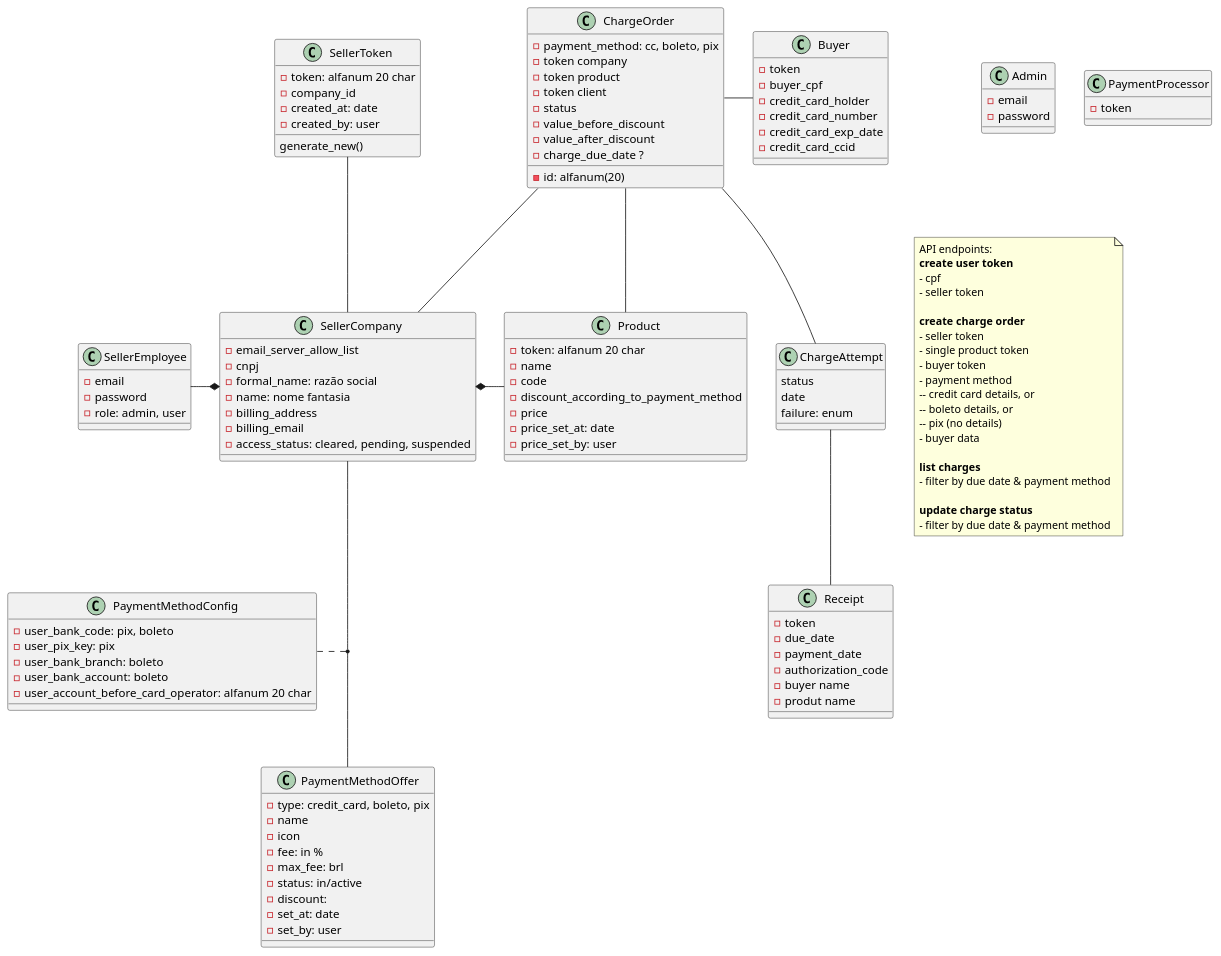
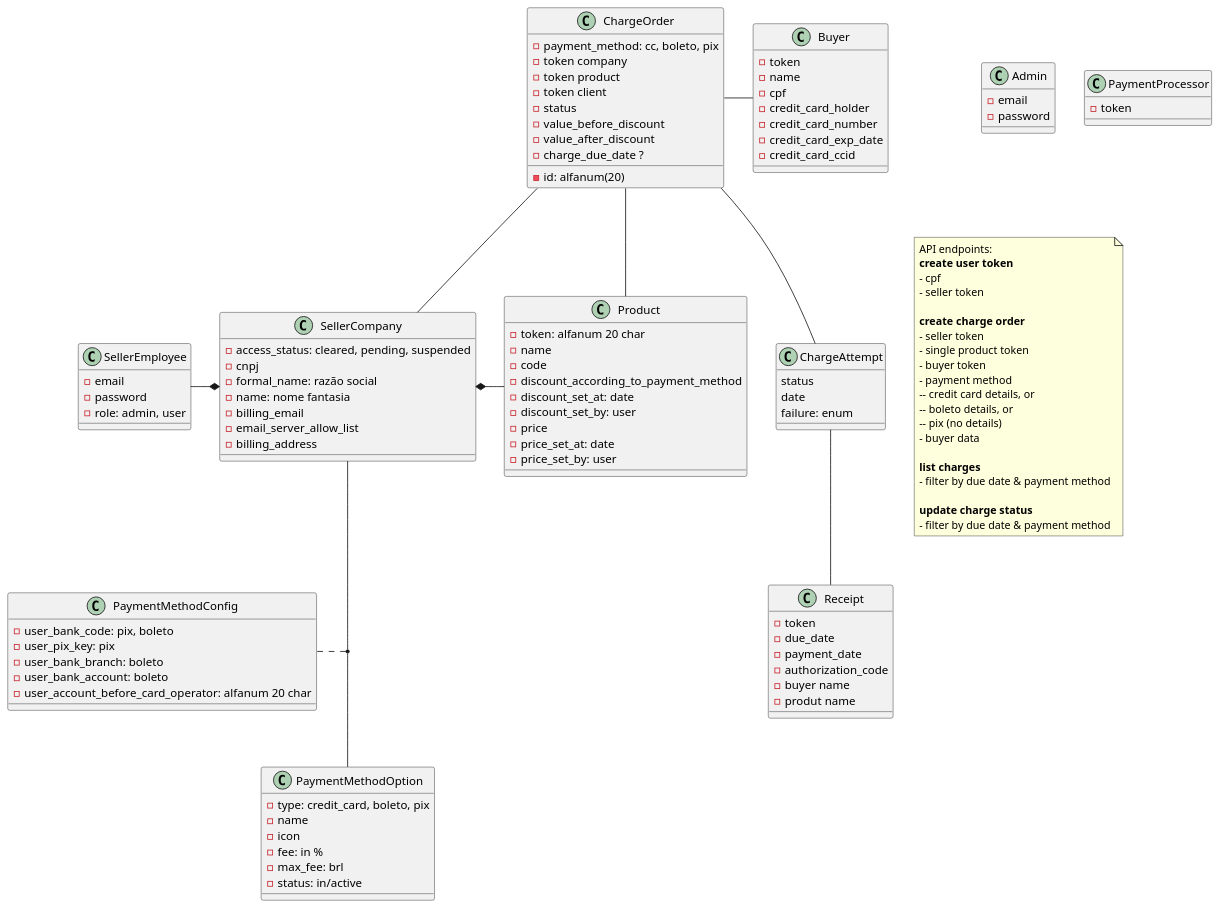
One commit to kyriri/treinadev6-2paynow changed the diagram in dev_planning/project.puml. Above: the diagram before and after it, drawn with PlantUML. The commit also changed 1 other file, not shown here.

Commit message:
Update UML diagram

```diff
--- a/dev_planning/project.puml
+++ b/dev_planning/project.puml
@@ -3,145 +3,136 @@
 @startuml "PayNow"
 
 class Admin {
   -email
   -password
   'can ask for sellerCo suspention, that has to be approved by another admin
 }
 
 class Buyer {
   -token 
   'generated on account creation
-  -buyer_cpf
+  -name
+  -cpf
   -credit_card_holder
   -credit_card_number
   -credit_card_exp_date
   -credit_card_ccid
   'one token per person, regardless of how many 
 }
 
 class ChargeAttempt {
   status
   date
   failure: enum
   'enum: code returned by cc operator
 }
 
 class ChargeOrder {
   -id: alfanum(20)
   -payment_method: cc, boleto, pix
   ' if CC, its details
   ' else, boleto/pix data (is that the payment method token?)
   -token company
   -token product
   -token client
   -status
   'status: pending (default), approved, rejected
   -value_before_discount
   -value_after_discount
   -charge_due_date ?
 }
 
 class Receipt {
   - token
   - due_date
   - payment_date
   - authorization_code
   'optional, according to me:
   - buyer name
   - produt name
 }
 
-class PaymentMethodOffer {
+class PaymentMethodOption {
   -type: credit_card, boleto, pix
   -name
   -icon
   -fee: in %
   -max_fee: brl
   -status: in/active
-  -discount:
-  -set_at: date
-  -set_by: user
 }
 
 class PaymentMethodConfig {
   -user_bank_code: pix, boleto
   -user_pix_key: pix
   -user_bank_branch: boleto
   -user_bank_account: boleto
   -user_account_before_card_operator: alfanum 20 char
 }
 
 class PaymentProcessor {
   -token
 }
 
 class Product {
   -token: alfanum 20 char
   -name
   -code
   -discount_according_to_payment_method
+  -discount_set_at: date
+  -discount_set_by: user
   -price 
   -price_set_at: date
   -price_set_by: user
 }
 
 class SellerCompany {
-  -email_server_allow_list
+  -access_status: cleared, pending, suspended
   -cnpj
   -formal_name: razão social
   -name: nome fantasia
+  -billing_email
+  -email_server_allow_list
   -billing_address
-  -billing_email
-  -access_status: cleared, pending, suspended
   ' all fields above required for platform access
 }
 
 class SellerEmployee {
   -email
   -password
   - role: admin, user
   ' admin has access to list his company's users, can change status from pending to active to inactive
   ' admin can request token replacement
 }
 
-class SellerToken {
-  -token: alfanum 20 char
-  -company_id
-  -created_at: date
-  -created_by: user
-  generate_new()
-}
-
 SellerEmployee -* SellerCompany
 SellerCompany *- Product
-SellerToken -- SellerCompany
 ChargeOrder -- SellerCompany
 ChargeOrder -- Product
 ChargeOrder - Buyer
 ChargeOrder -- ChargeAttempt
 ChargeAttempt -- Receipt
-PaymentMethodConfig .. (SellerCompany, PaymentMethodOffer)
+PaymentMethodConfig .. (SellerCompany, PaymentMethodOption)
 
 note as N1
   API endpoints:
   <b>create user token</b> 
   - cpf
   - seller token
 
   <b>create charge order</b> 
   - seller token
   - single product token
   - buyer token
   - payment method
   -- credit card details, or
   -- boleto details, or
   -- pix (no details)
   - buyer data
 
   <b>list charges</b> 
   - filter by due date & payment method
 
   <b>update charge status</b> 
   - filter by due date & payment method
 end note
 @enduml
```
